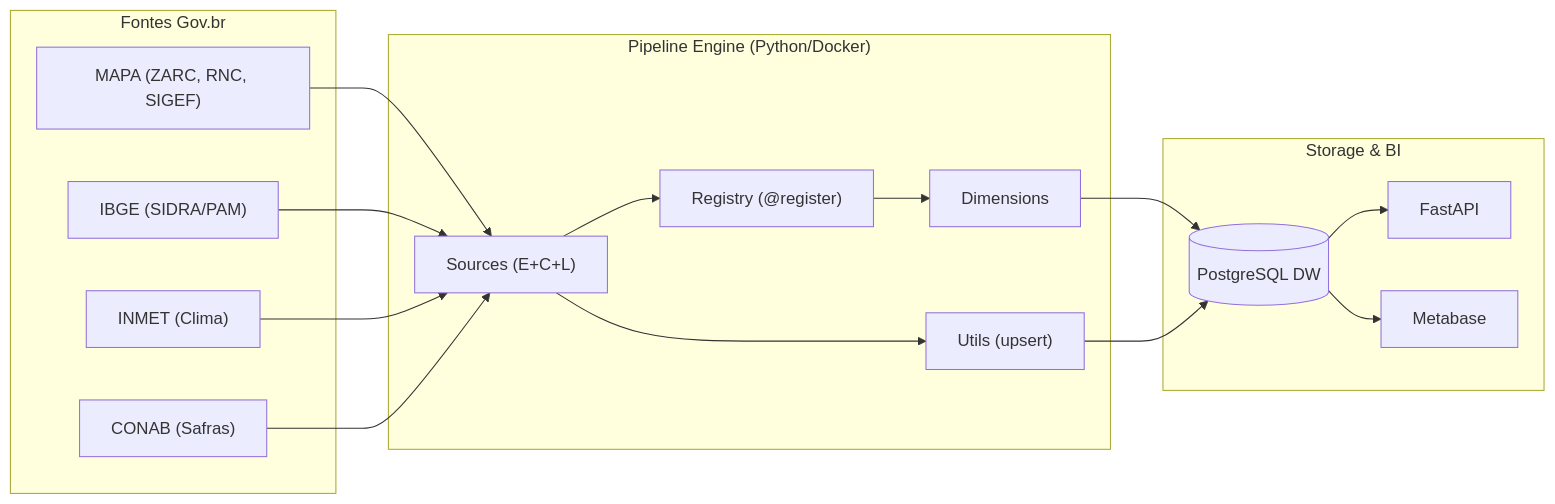
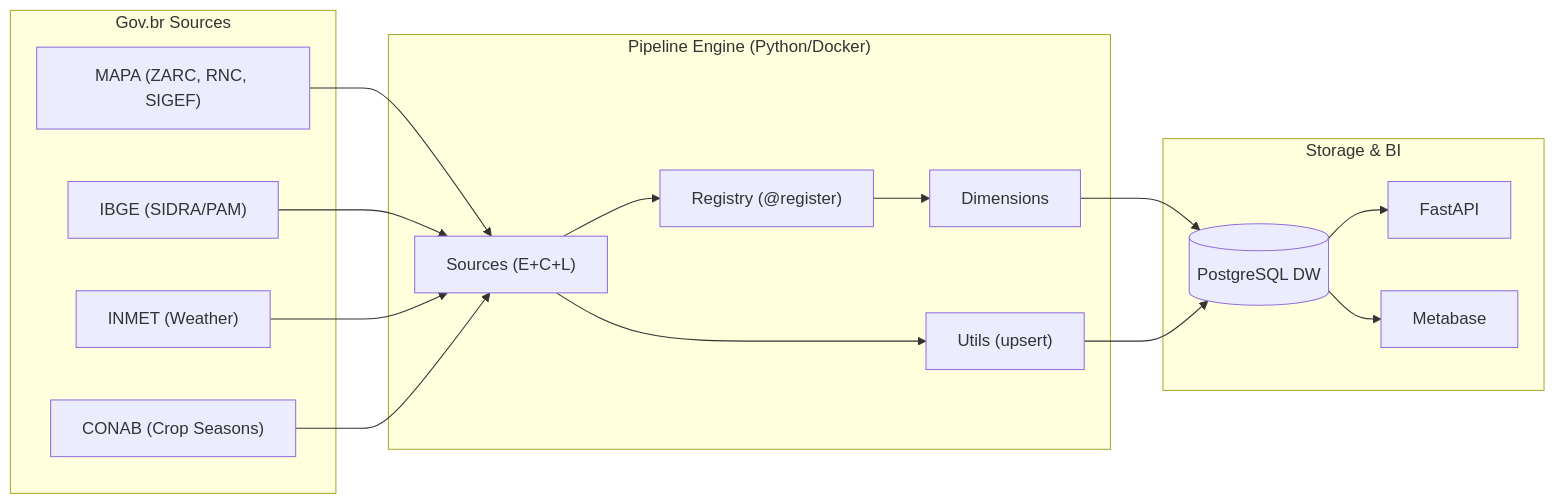
Before and after one commit to cirovisk/AgroHarvest-BR: the second of 2 diagrams in docs/ARCHITECTURE_VISUAL.md, drawn with Mermaid. The commit also changed other lines of this file and 43 other files, not shown here.

````diff
--- a/docs/ARCHITECTURE_VISUAL.md
+++ b/docs/ARCHITECTURE_VISUAL.md
@@ -74,36 +74,36 @@
 ```mermaid
 graph LR
-    subgraph "Fontes Gov.br"
+    subgraph "Gov.br Sources"
         MAPA["MAPA (ZARC, RNC, SIGEF)"]
         IBGE["IBGE (SIDRA/PAM)"]
-        INMET["INMET (Clima)"]
-        CONAB["CONAB (Safras)"]
+        INMET["INMET (Weather)"]
+        CONAB["CONAB (Crop Seasons)"]
     end
 
     subgraph "Pipeline Engine (Python/Docker)"
         REG["Registry (@register)"]
         SRC["Sources (E+C+L)"]
         DIM["Dimensions"]
         UTL["Utils (upsert)"]
     end
 
     subgraph "Storage & BI"
         PG[(PostgreSQL DW)]
         API["FastAPI"]
         MB["Metabase"]
     end
 
     MAPA --> SRC
     IBGE --> SRC
     INMET --> SRC
     CONAB --> SRC
     
     SRC --> REG
     REG --> DIM
     DIM --> PG
     SRC --> UTL
     UTL --> PG
     
     PG --> API
     PG --> MB
 ```
````
